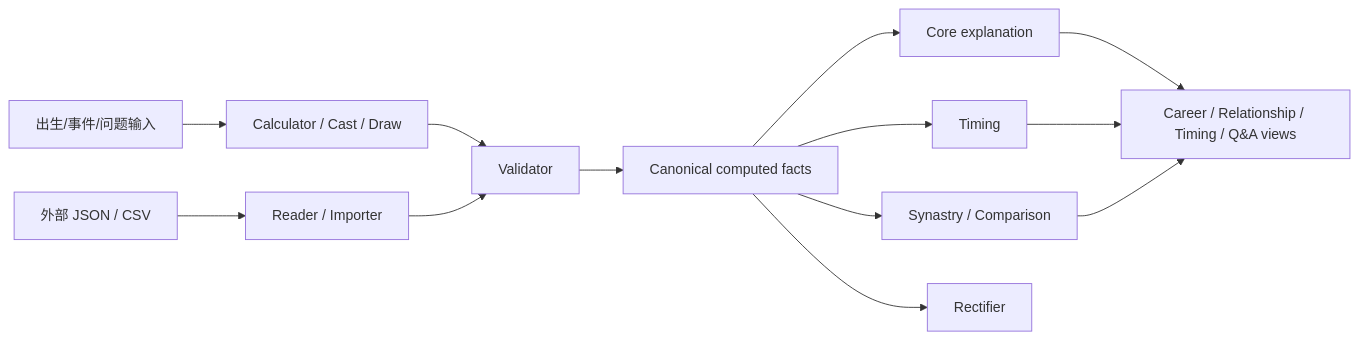
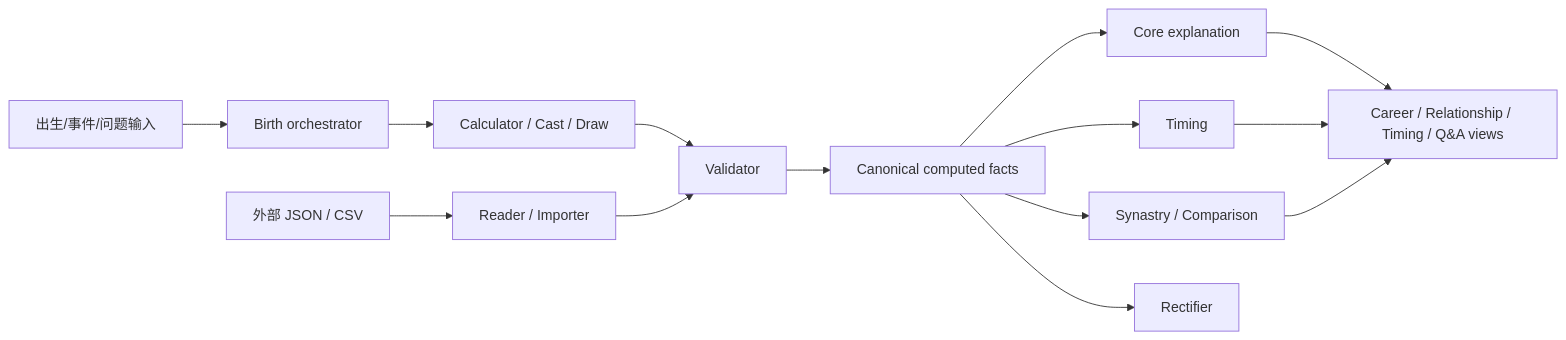
Before and after one commit to dajiaohuang/divination-skills: the diagram in README.md, drawn with Mermaid. The commit also changed other lines of this file and 43 other files, not shown here.

````diff
--- a/README.md
+++ b/README.md
@@ -66,15 +66,16 @@
 ```mermaid
 flowchart LR
-    A["出生/事件/问题输入"] --> C["Calculator / Cast / Draw"]
+    A["出生/事件/问题输入"] --> O["Birth orchestrator"]
+    O --> C["Calculator / Cast / Draw"]
     B["外部 JSON / CSV"] --> R["Reader / Importer"]
     C --> V["Validator"]
     R --> V
     V --> F["Canonical computed facts"]
     F --> K["Core explanation"]
     F --> T["Timing"]
     F --> S["Synastry / Comparison"]
     F --> X["Rectifier"]
     K --> P["Career / Relationship / Timing / Q&A views"]
     T --> P
     S --> P
 ```
````
